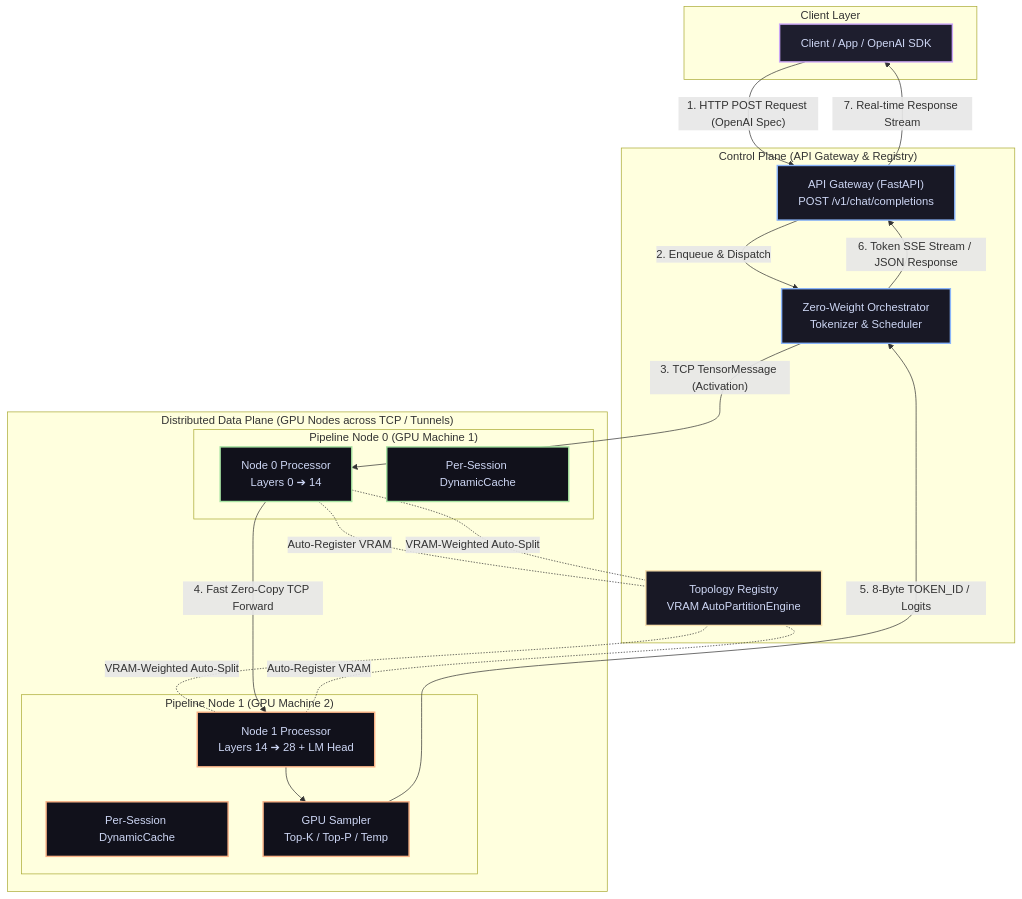
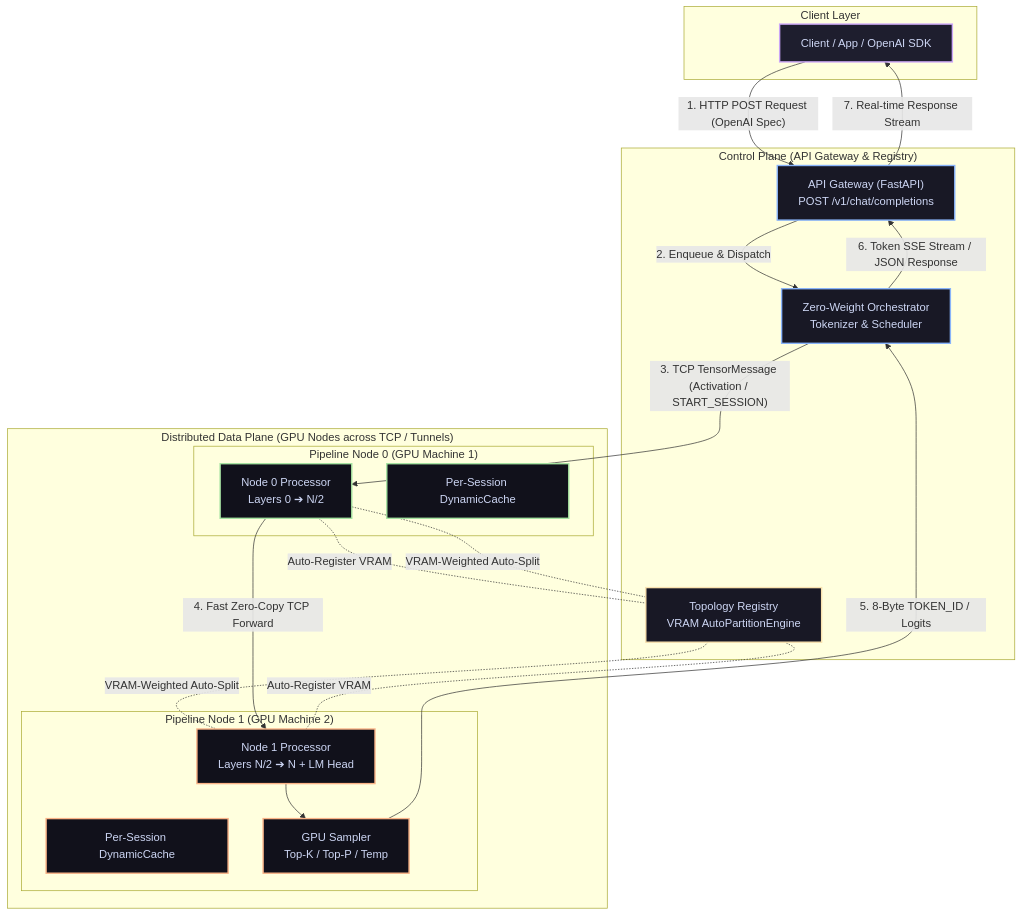
Before and after one commit to rautaditya2606/Shardflow: the diagram in README.md, drawn with Mermaid. The commit also changed other lines of this file, not shown here.

````diff
--- a/README.md
+++ b/README.md
@@ -12,45 +12,45 @@
 ```mermaid
 graph TD
     classDef client fill:#1e1e2e,stroke:#cba6f7,stroke-width:2px,color:#cdd6f4
     classDef control fill:#181825,stroke:#89b4fa,stroke-width:2px,color:#cdd6f4
     classDef node0 fill:#11111b,stroke:#a6e3a1,stroke-width:2px,color:#cdd6f4
     classDef node1 fill:#11111b,stroke:#fab387,stroke-width:2px,color:#cdd6f4
     classDef reg fill:#181825,stroke:#f9e2af,stroke-width:2px,color:#cdd6f4
 
     subgraph ClientLayer["Client Layer"]
         C["Client / App / OpenAI SDK"]:::client
     end
 
     subgraph ControlPlane["Control Plane (API Gateway & Registry)"]
         GW["API Gateway (FastAPI)<br/>POST /v1/chat/completions"]:::control
         REG["Topology Registry<br/>VRAM AutoPartitionEngine"]:::reg
         ORCH["Zero-Weight Orchestrator<br/>Tokenizer & Scheduler"]:::control
     end
 
     subgraph DataPlane["Distributed Data Plane (GPU Nodes across TCP / Tunnels)"]
         subgraph Node0["Pipeline Node 0 (GPU Machine 1)"]
-            N0["Node 0 Processor<br/>Layers 0 ➔ 14"]:::node0
+            N0["Node 0 Processor<br/>Layers 0 ➔ N/2"]:::node0
             N0_KV["Per-Session DynamicCache"]:::node0
         end
 
         subgraph Node1["Pipeline Node 1 (GPU Machine 2)"]
-            N1["Node 1 Processor<br/>Layers 14 ➔ 28 + LM Head"]:::node1
+            N1["Node 1 Processor<br/>Layers N/2 ➔ N + LM Head"]:::node1
             N1_KV["Per-Session DynamicCache"]:::node1
             N1_SAMP["GPU Sampler<br/>Top-K / Top-P / Temp"]:::node1
         end
     end
 
     C -->|"1. HTTP POST Request (OpenAI Spec)"| GW
     GW -->|"2. Enqueue & Dispatch"| ORCH
     N0 -.-|"Auto-Register VRAM"| REG
     N1 -.-|"Auto-Register VRAM"| REG
     REG -.-|"VRAM-Weighted Auto-Split"| N0
     REG -.-|"VRAM-Weighted Auto-Split"| N1
 
-    ORCH -->|"3. TCP TensorMessage (Activation)"| N0
+    ORCH -->|"3. TCP TensorMessage (Activation / START_SESSION)"| N0
     N0 -->|"4. Fast Zero-Copy TCP Forward"| N1
     N1 --> N1_SAMP
     N1_SAMP -->|"5. 8-Byte TOKEN_ID / Logits"| ORCH
     ORCH -->|"6. Token SSE Stream / JSON Response"| GW
     GW -->|"7. Real-time Response Stream"| C
 ```
````
